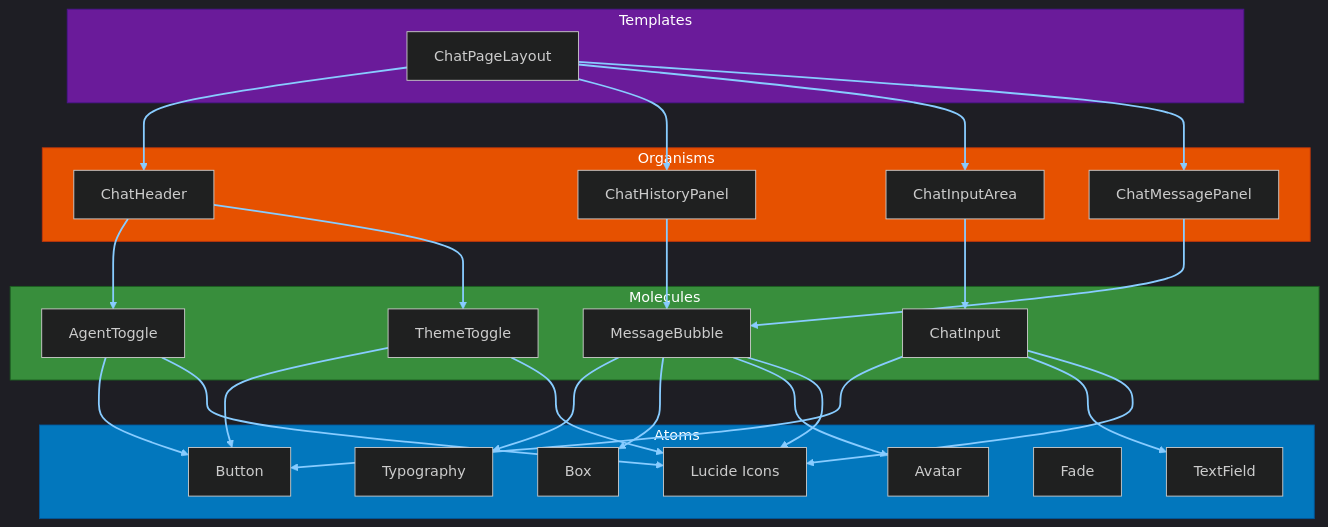
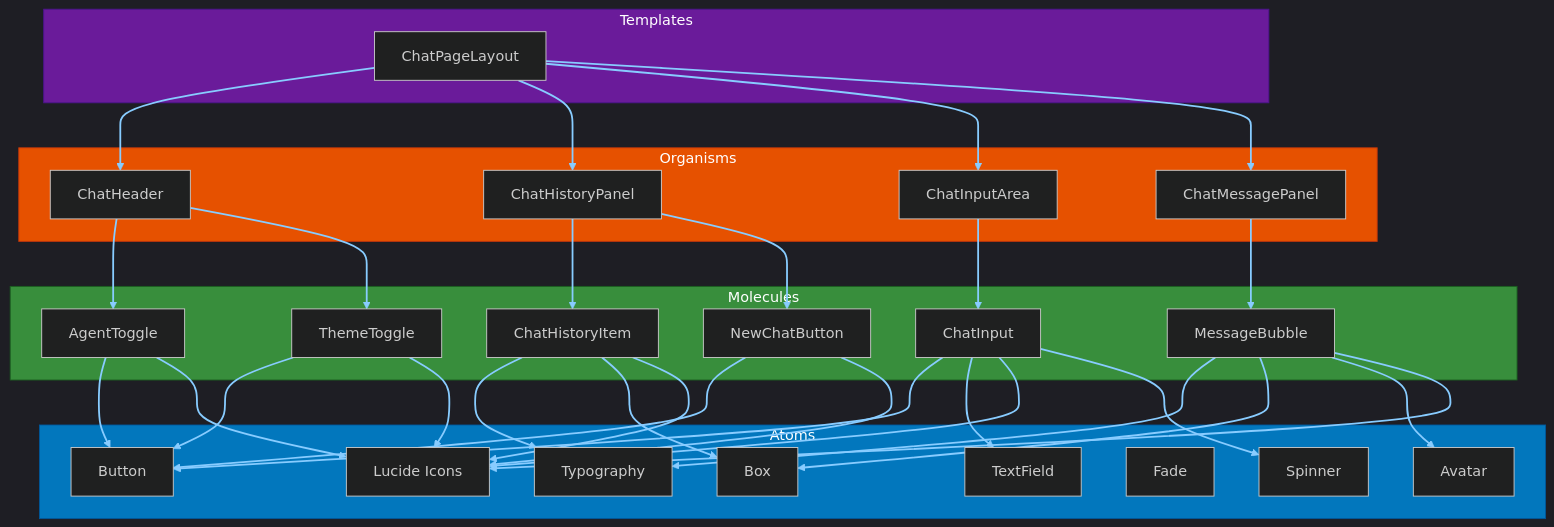
One commit to ChrisMcKee1/ChatUI changed the first of 10 diagrams in memory-bank/architectureDiagrams.md. Above: the diagram before and after it, drawn with Mermaid. The commit also changed other lines of this file, not shown here.

Commit message:
Updated Deployment Architecture diagram to reflect current approach

````diff
--- a/memory-bank/architectureDiagrams.md
+++ b/memory-bank/architectureDiagrams.md
@@ -7,64 +7,76 @@
 ```mermaid
 %%{init: {'theme':'dark'}}%%
 flowchart TD
     subgraph Templates
         TPL[ChatPageLayout]
     end
     
     subgraph Organisms
         O1[ChatHeader]
         O2[ChatHistoryPanel]
         O3[ChatInputArea]
         O4[ChatMessagePanel]
     end
     
     subgraph Molecules
         M1[MessageBubble]
         M2[ChatInput]
         M3[AgentToggle]
         M4[ThemeToggle]
+        M5[ChatHistoryItem]
+        M6[NewChatButton]
     end
     
     subgraph Atoms
         A1[Button]
         A2[Typography]
         A3[TextField]
         A4[Box]
         A5[Avatar]
         A6[Fade]
         A7[Lucide Icons]
+        A8[Spinner]
     end
     
     TPL --> O1
     TPL --> O2
     TPL --> O3
     TPL --> O4
     
     O1 --> M3
     O1 --> M4
-    O2 --> M1
+    O2 --> M5
+    O2 --> M6
     O3 --> M2
     O4 --> M1
     
     M1 --> A2
     M1 --> A4
     M1 --> A5
     M1 --> A7
     
     M2 --> A1
     M2 --> A3
     M2 --> A7
+    M2 --> A8
     
     M3 --> A1
     M3 --> A7
     
     M4 --> A1
     M4 --> A7
+    
+    M5 --> A2
+    M5 --> A4
+    M5 --> A7
+    
+    M6 --> A1
+    M6 --> A7
     
     style Atoms fill:#0277bd,stroke:#01579b,color:#ffffff
     style Molecules fill:#388e3c,stroke:#1b5e20,color:#ffffff
     style Organisms fill:#e65100,stroke:#bf360c,color:#ffffff
     style Templates fill:#6a1b9a,stroke:#4a148c,color:#ffffff
     
     linkStyle default stroke:#88ccff,stroke-width:2px
 ```
````
